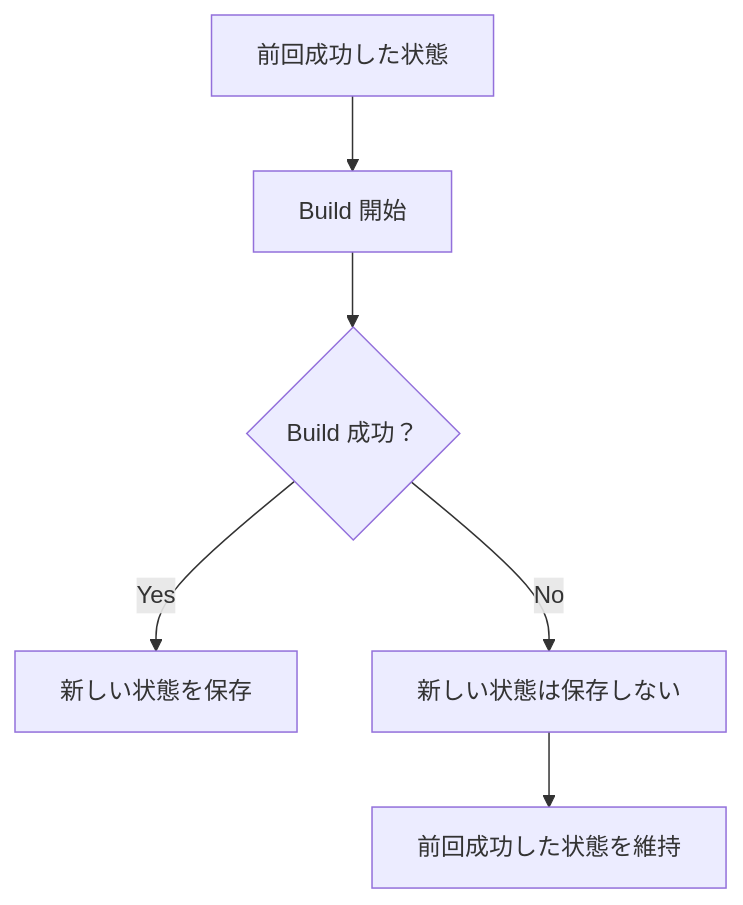
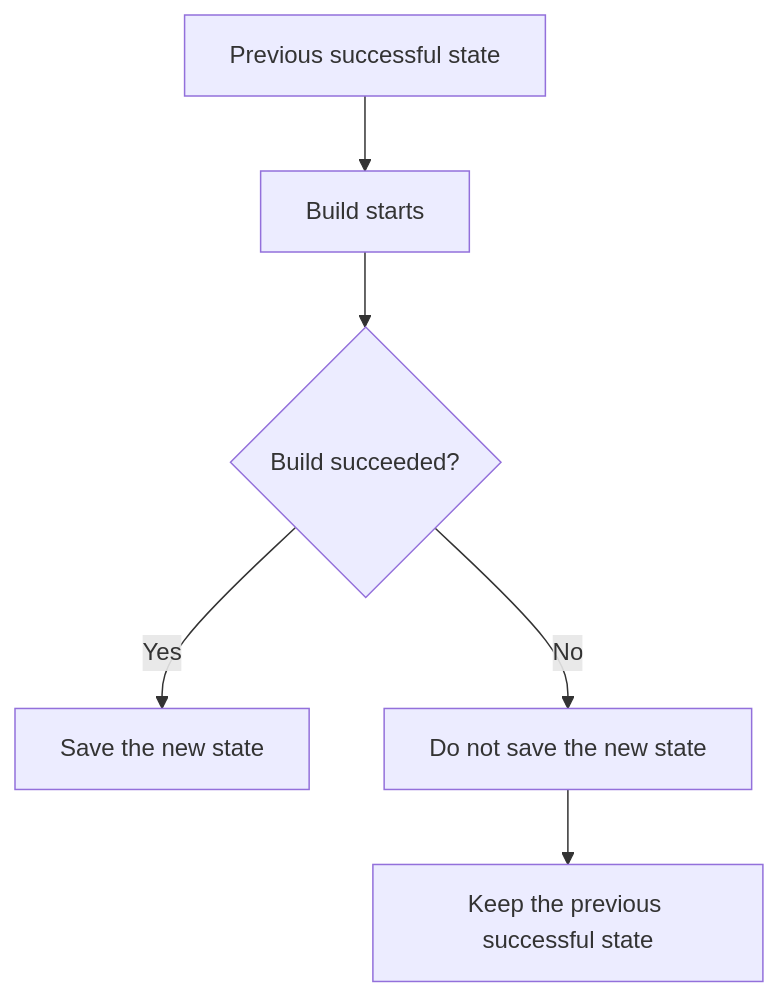
The first of 2 diagrams in docs/docs/framework/build-system.md (Rerurate514/riebeckite), drawn with Mermaid before and after one commit. The commit also changed other lines of this file and 604 other files, not shown here.

````diff
--- a/docs/docs/framework/build-system.md
+++ b/docs/docs/framework/build-system.md
@@ -73,10 +91,10 @@
 ```mermaid
 flowchart TD
-    A["前回成功した状態"] --> B["Build 開始"]
-    B --> C{"Build 成功？"}
+    A["Previous successful state"] --> B["Build starts"]
+    B --> C{"Build succeeded?"}
 
-    C -->|Yes| D["新しい状態を保存"]
-    C -->|No| E["新しい状態は保存しない"]
+    C -->|Yes| D["Save the new state"]
+    C -->|No| E["Do not save the new state"]
 
-    E --> F["前回成功した状態を維持"]
+    E --> F["Keep the previous successful state"]
 ```
````
